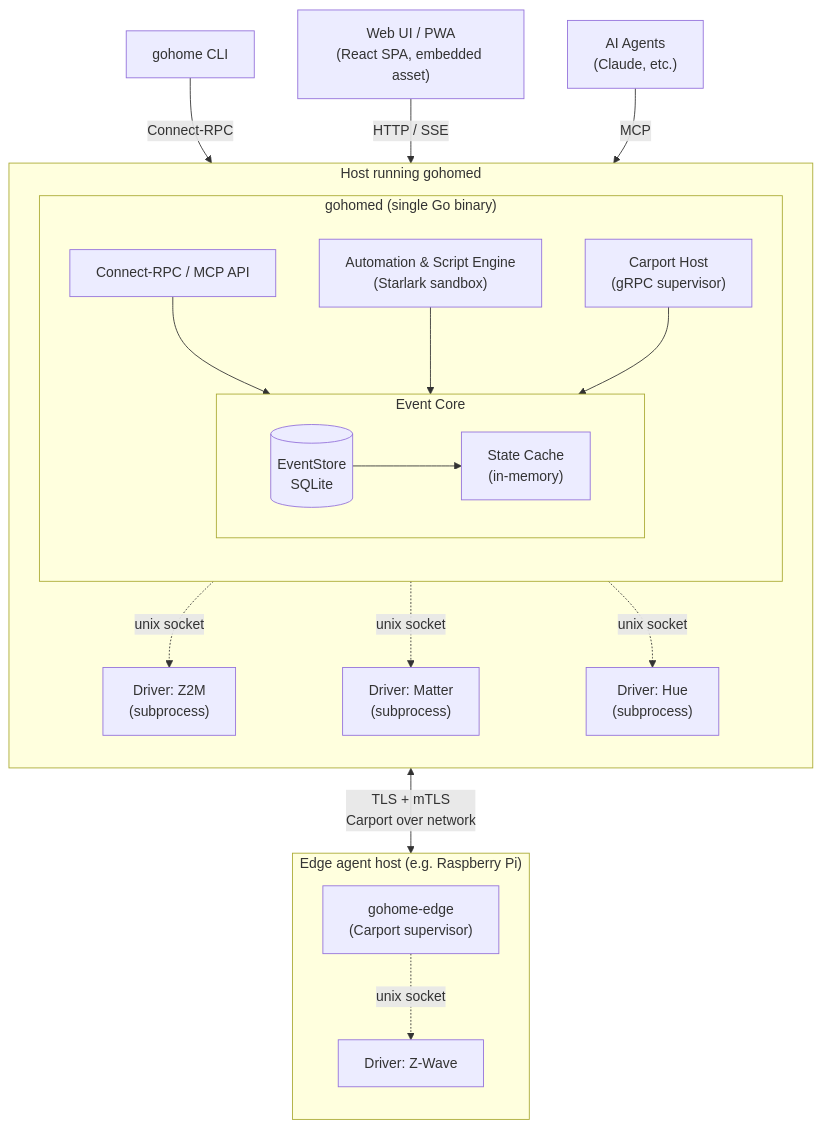
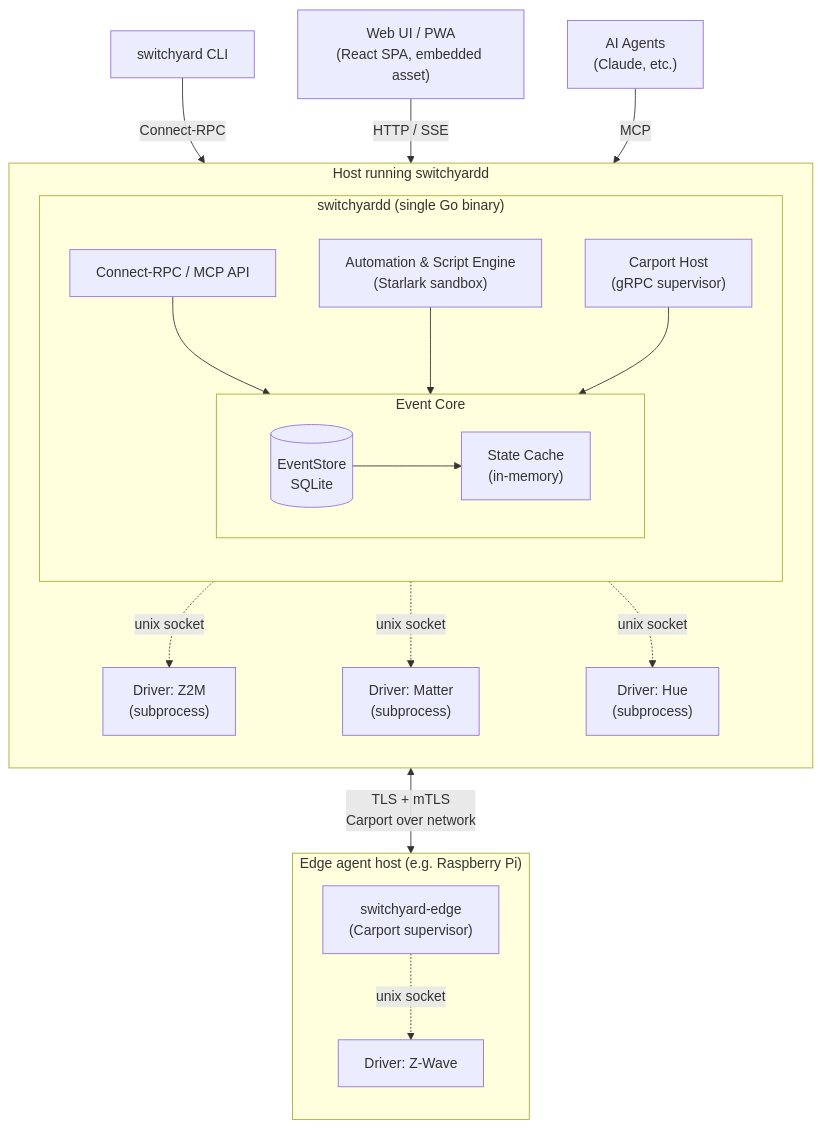
One commit to fdatoo/switchyard changed the diagram in docs/docs/introduction/architecture.md. Above: the diagram before and after it, drawn with Mermaid. The commit also changed other lines of this file and 615 other files, not shown here.

````diff
--- a/docs/docs/introduction/architecture.md
+++ b/docs/docs/introduction/architecture.md
@@ -10,46 +10,46 @@
 ```mermaid
 flowchart TB
-    CLI[gohome CLI]
+    CLI[switchyard CLI]
     UI["Web UI / PWA<br/>(React SPA, embedded asset)"]
     AG["AI Agents<br/>(Claude, etc.)"]
 
-    subgraph HOST["Host running gohomed"]
+    subgraph HOST["Host running switchyardd"]
         direction TB
-        subgraph DAEMON["gohomed (single Go binary)"]
+        subgraph DAEMON["switchyardd (single Go binary)"]
             direction TB
             API["Connect-RPC / MCP API"]
             subgraph CORE["Event Core"]
                 direction LR
                 ES[("EventStore<br/>SQLite")]
                 SC["State Cache<br/>(in-memory)"]
                 ES --> SC
             end
             ENG["Automation & Script Engine<br/>(Starlark sandbox)"]
             CH["Carport Host<br/>(gRPC supervisor)"]
         end
         D1["Driver: Z2M<br/>(subprocess)"]
         D2["Driver: Matter<br/>(subprocess)"]
         D3["Driver: Hue<br/>(subprocess)"]
     end
 
     subgraph EDGE["Edge agent host (e.g. Raspberry Pi)"]
         direction TB
-        GE["gohome-edge<br/>(Carport supervisor)"]
+        GE["switchyard-edge<br/>(Carport supervisor)"]
         DR["Driver: Z-Wave"]
     end
 
     CLI -->|Connect-RPC| API
     UI -->|HTTP / SSE| API
     AG -->|MCP| API
 
     API --> CORE
     ENG --> CORE
     CH --> CORE
 
     CH -.->|unix socket| D1
     CH -.->|unix socket| D2
     CH -.->|unix socket| D3
 
     CH <-->|TLS + mTLS<br/>Carport over network| GE
     GE -.->|unix socket| DR
 ```
````
